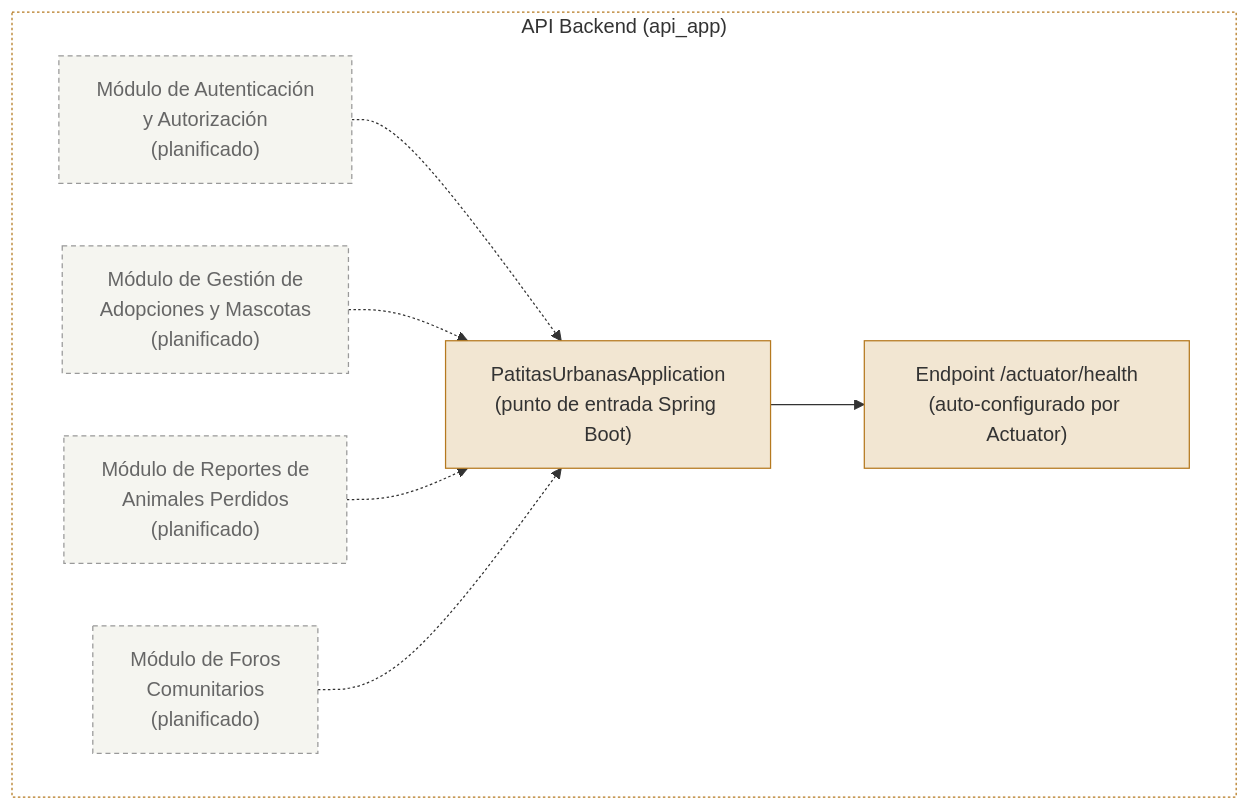
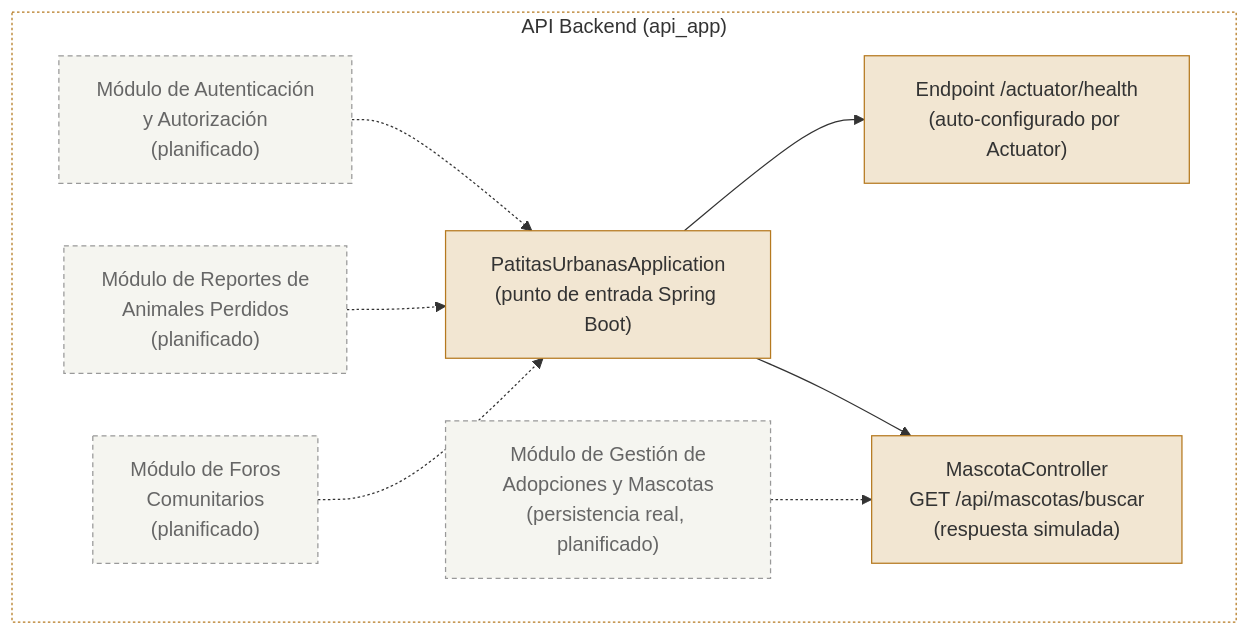
The diagram in docs/07-c4-componentes.md (Charry21/PatitasUrbanas), drawn with Mermaid before and after one commit. The commit also changed other lines of this file, not shown here.

Commit message:
docs: agregar MascotaController como componente verificado en C4 Nivel 3, aclarar que no ejecuta consulta real a BD

````diff
--- a/docs/07-c4-componentes.md
+++ b/docs/07-c4-componentes.md
@@ -15,21 +17,24 @@
 ```mermaid
 flowchart TD
     subgraph API["API Backend (api_app)"]
         MAIN["PatitasUrbanasApplication<br/>(punto de entrada Spring Boot)"]
         HEALTH["Endpoint /actuator/health<br/>(auto-configurado por Actuator)"]
+        MASCOTA["MascotaController<br/>GET /api/mascotas/buscar<br/>(respuesta simulada)"]
         MAIN --> HEALTH
+        MAIN --> MASCOTA
 
         AUTH["Módulo de Autenticación<br/>y Autorización<br/>(planificado)"] -.-> MAIN
-        ADOP["Módulo de Gestión de<br/>Adopciones y Mascotas<br/>(planificado)"] -.-> MAIN
+        ADOP["Módulo de Gestión de<br/>Adopciones y Mascotas<br/>(persistencia real, planificado)"] -.-> MASCOTA
         REP["Módulo de Reportes de<br/>Animales Perdidos<br/>(planificado)"] -.-> MAIN
         FOR["Módulo de Foros<br/>Comunitarios<br/>(planificado)"] -.-> MAIN
     end
 
     style API fill:none,stroke:#b5791f,stroke-dasharray: 2 2
     style MAIN fill:#f2e6d2,stroke:#b5791f
     style HEALTH fill:#f2e6d2,stroke:#b5791f
+    style MASCOTA fill:#f2e6d2,stroke:#b5791f
     style AUTH fill:#f5f5f0,stroke:#999999,color:#666666,stroke-dasharray: 4 3
     style ADOP fill:#f5f5f0,stroke:#999999,color:#666666,stroke-dasharray: 4 3
     style REP fill:#f5f5f0,stroke:#999999,color:#666666,stroke-dasharray: 4 3
     style FOR fill:#f5f5f0,stroke:#999999,color:#666666,stroke-dasharray: 4 3
 ```
````
